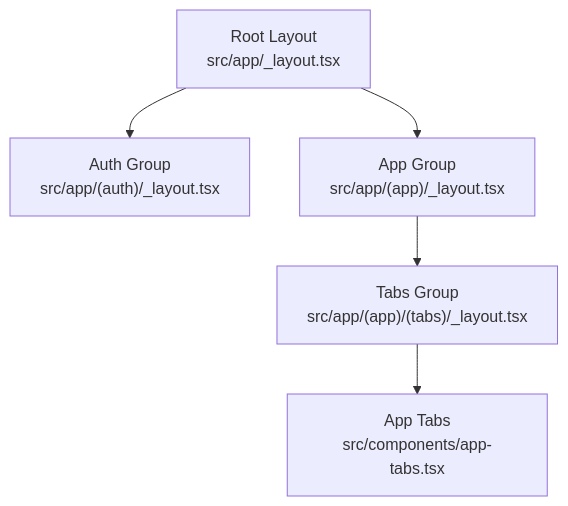
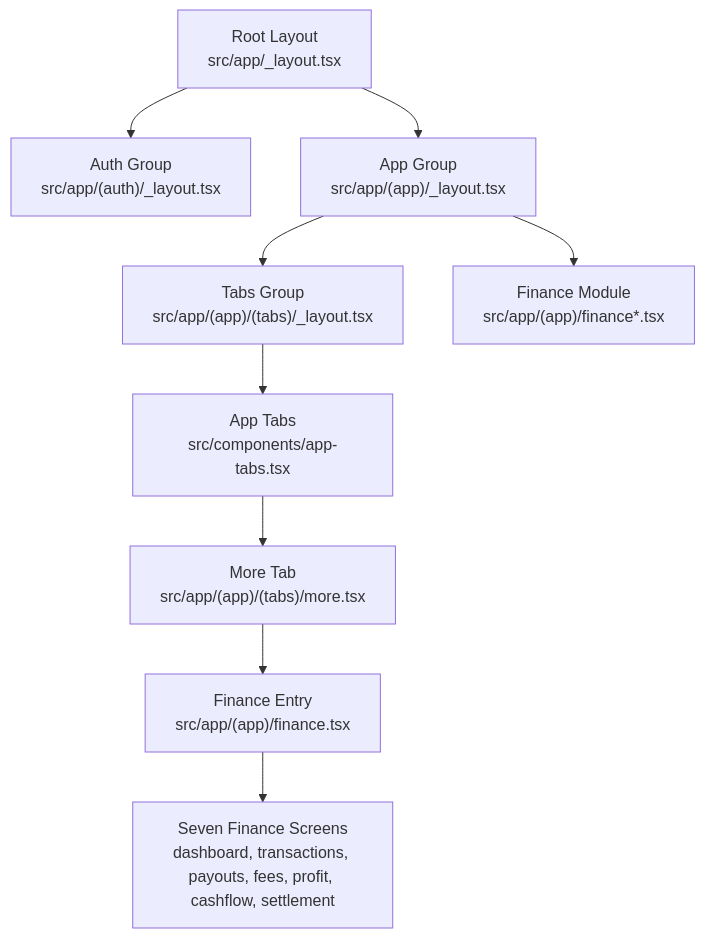
The first of 8 diagrams in .qoder/repowiki/en/content/Architecture Overview/Navigation Architecture.md (Muhammad-Masood/tijarah-ai-app), drawn with Mermaid before and after one commit. The commit also changed other lines of this file and 25 other files, not shown here.

````diff
--- a/.qoder/repowiki/en/content/Architecture Overview/Navigation Architecture.md
+++ b/.qoder/repowiki/en/content/Architecture Overview/Navigation Architecture.md
@@ -43,7 +57,11 @@
 ```mermaid
 graph TB
 Root["Root Layout<br/>src/app/_layout.tsx"] --> AuthGroup["Auth Group<br/>src/app/(auth)/_layout.tsx"]
 Root --> AppGroup["App Group<br/>src/app/(app)/_layout.tsx"]
 AppGroup --> TabsGroup["Tabs Group<br/>src/app/(app)/(tabs)/_layout.tsx"]
+AppGroup --> FinanceModule["Finance Module<br/>src/app/(app)/finance*.tsx"]
 TabsGroup --> TabsComponent["App Tabs<br/>src/components/app-tabs.tsx"]
+TabsComponent --> MoreTab["More Tab<br/>src/app/(app)/(tabs)/more.tsx"]
+MoreTab --> FinanceEntry["Finance Entry<br/>src/app/(app)/finance.tsx"]
+FinanceEntry --> FinanceScreens["Seven Finance Screens<br/>dashboard, transactions, payouts, fees, profit, cashflow, settlement"]
 ```
````
